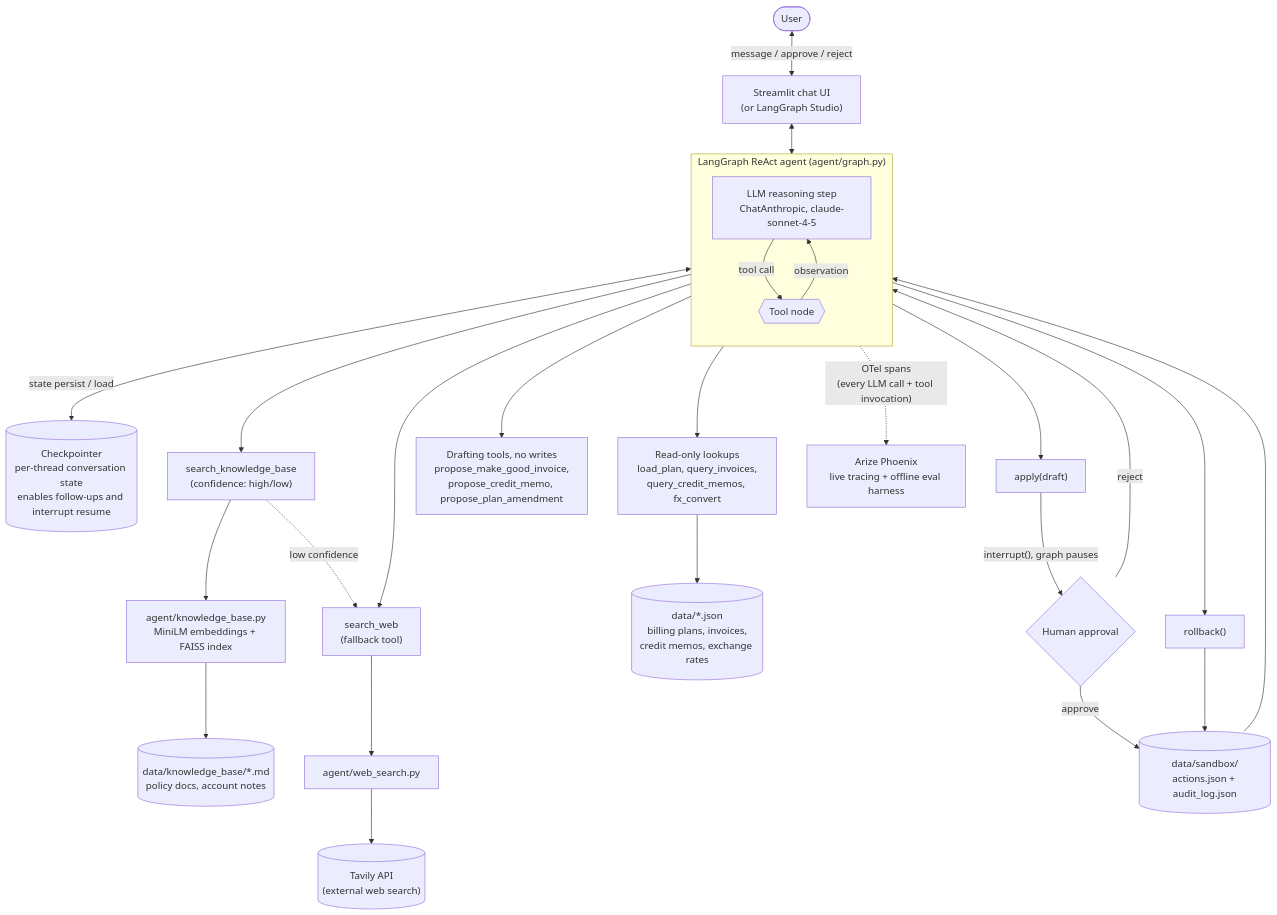
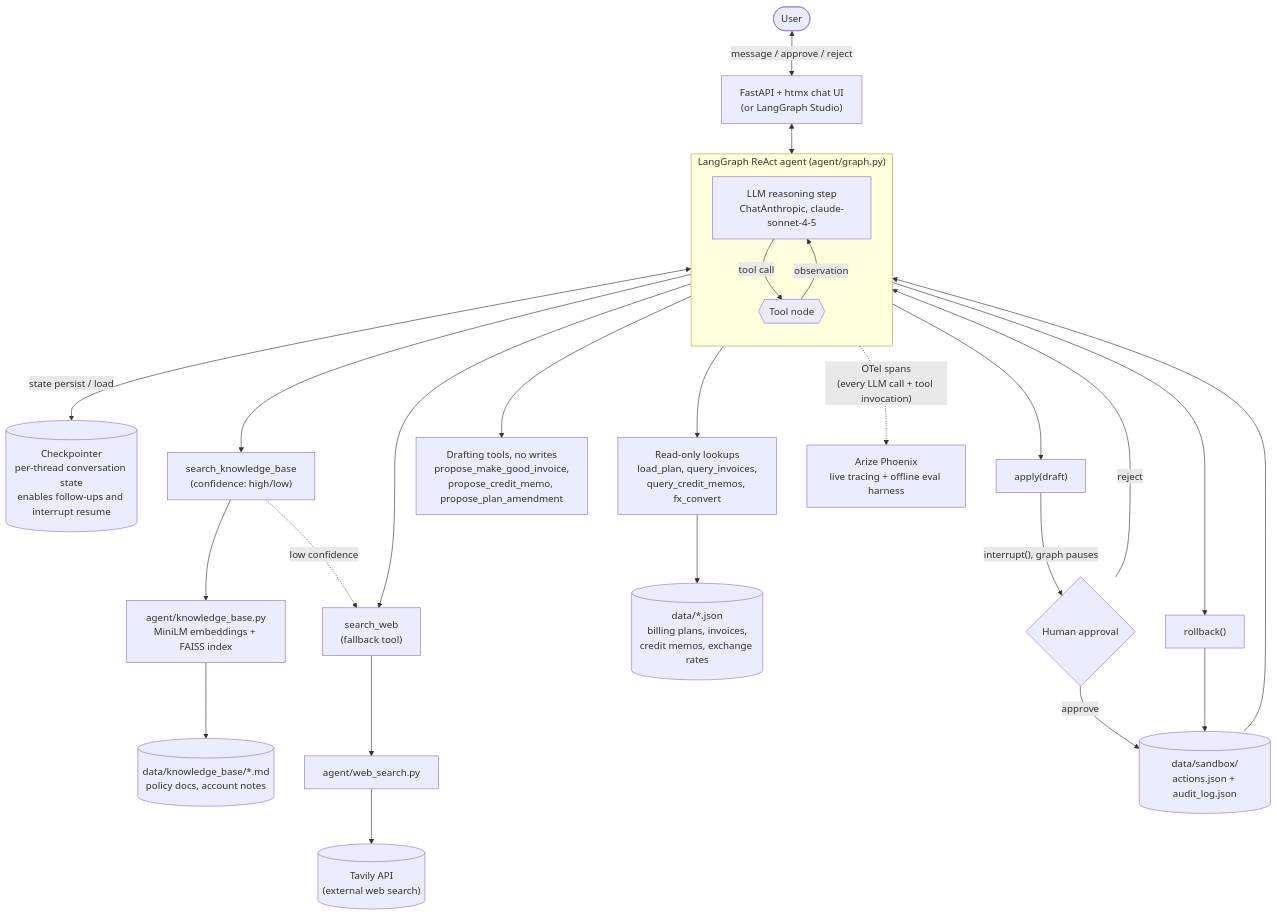
The diagram in README.md (mgonzalezsanz/ai-leakage-detective), drawn with Mermaid before and after one commit. The commit also changed other lines of this file and 12 other files, not shown here.

First line of the commit message:
feat: replace Streamlit UI with FastAPI + htmx

````diff
--- a/README.md
+++ b/README.md
@@ -61,37 +61,37 @@
 ```mermaid
 flowchart TD
-    User(["User"]) <-->|"message / approve / reject"| UI["Streamlit chat UI<br/>(or LangGraph Studio)"]
+    User(["User"]) <-->|"message / approve / reject"| UI["FastAPI + htmx chat UI<br/>(or LangGraph Studio)"]
 
     subgraph Graph["LangGraph ReAct agent (agent/graph.py)"]
         direction TB
         LLM["LLM reasoning step<br/>ChatAnthropic, claude-sonnet-4-5"]
         Tools{{"Tool node"}}
         LLM -->|"tool call"| Tools
         Tools -->|"observation"| LLM
     end
 
     UI <--> LLM
     LLM <-->|"state persist / load"| Checkpointer[("Checkpointer<br/>per-thread conversation state<br/>enables follow-ups and interrupt resume")]
 
     Tools --> ReadOnly["Read-only lookups<br/>load_plan, query_invoices,<br/>query_credit_memos, fx_convert"]
     Tools --> RAG["search_knowledge_base<br/>(confidence: high/low)"]
     Tools --> Web["search_web<br/>(fallback tool)"]
     Tools --> Propose["Drafting tools, no writes<br/>propose_make_good_invoice,<br/>propose_credit_memo, propose_plan_amendment"]
     Tools --> Apply["apply(draft)"]
     Tools --> Rollback["rollback()"]
 
     ReadOnly --> Fixtures[("data/*.json<br/>billing plans, invoices,<br/>credit memos, exchange rates")]
     RAG --> KB["agent/knowledge_base.py<br/>MiniLM embeddings + FAISS index"]
     KB --> KBDocs[("data/knowledge_base/*.md<br/>policy docs, account notes")]
     RAG -.->|"low confidence"| Web
     Web --> WebSearch["agent/web_search.py"]
     WebSearch --> Tavily[("Tavily API<br/>(external web search)")]
 
     Apply -->|"interrupt(), graph pauses"| Gate{"Human approval"}
     Gate -->|"reject"| Tools
     Gate -->|"approve"| Sandbox[("data/sandbox/<br/>actions.json + audit_log.json")]
     Rollback --> Sandbox
     Sandbox --> Tools
 
     Tools -.->|"OTel spans<br/>(every LLM call + tool invocation)"| Phoenix["Arize Phoenix<br/>live tracing + offline eval harness"]
 ```
````
